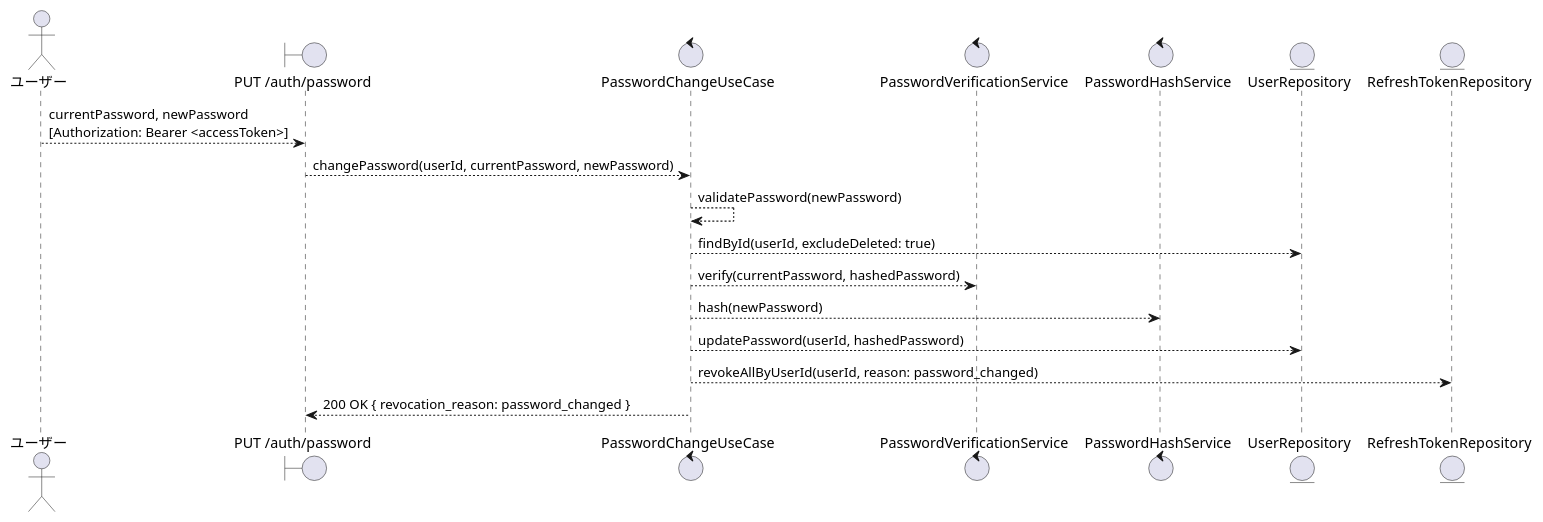
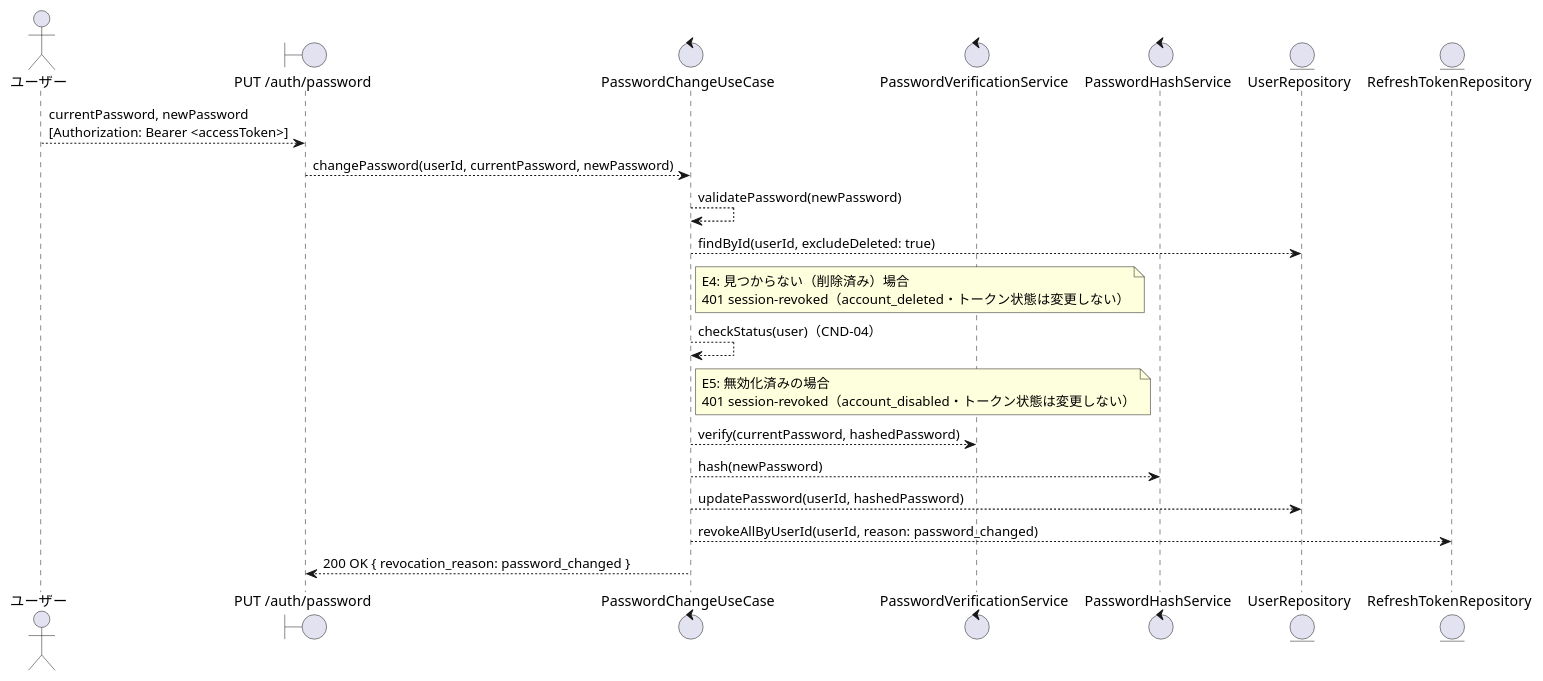
The first of 2 diagrams in .docs/design/buc/BUC-U08.md (suunet/POC_HYDRA_AUTH), drawn with PlantUML before and after one commit. The commit also changed other lines of this file and 4 other files, not shown here.

````diff
--- a/.docs/design/buc/BUC-U08.md
+++ b/.docs/design/buc/BUC-U08.md
@@ -73,29 +86,42 @@
 ```plantuml
 @startuml
 skinparam componentStyle rectangle
 skinparam backgroundColor White
 
 actor "ユーザー" as ユーザー
 
 boundary "PUT /auth/password" as パスワード変更API
 control "PasswordChangeUseCase" as ユースケース
 control "PasswordVerificationService" as パスワード検証
 control "PasswordHashService" as ハッシュ化
 entity "UserRepository" as ユーザーRepo
 entity "RefreshTokenRepository" as リフレッシュトークンRepo
 
 ユーザー --> パスワード変更API : currentPassword, newPassword\n[Authorization: Bearer <accessToken>]
 
 パスワード変更API --> ユースケース : changePassword(userId, currentPassword, newPassword)
 
 ユースケース --> ユースケース : validatePassword(newPassword)
 ユースケース --> ユーザーRepo : findById(userId, excludeDeleted: true)
+
+note right of ユースケース
+  E4: 見つからない（削除済み）場合
+  401 session-revoked（account_deleted・トークン状態は変更しない）
+end note
+
+ユースケース --> ユースケース : checkStatus(user)（CND-04）
+
+note right of ユースケース
+  E5: 無効化済みの場合
+  401 session-revoked（account_disabled・トークン状態は変更しない）
+end note
+
 ユースケース --> パスワード検証 : verify(currentPassword, hashedPassword)
 ユースケース --> ハッシュ化 : hash(newPassword)
 ユースケース --> ユーザーRepo : updatePassword(userId, hashedPassword)
 ユースケース --> リフレッシュトークンRepo : revokeAllByUserId(userId, reason: password_changed)
 
 パスワード変更API <-- ユースケース : 200 OK { revocation_reason: password_changed }
 
 @enduml
 ```
````
